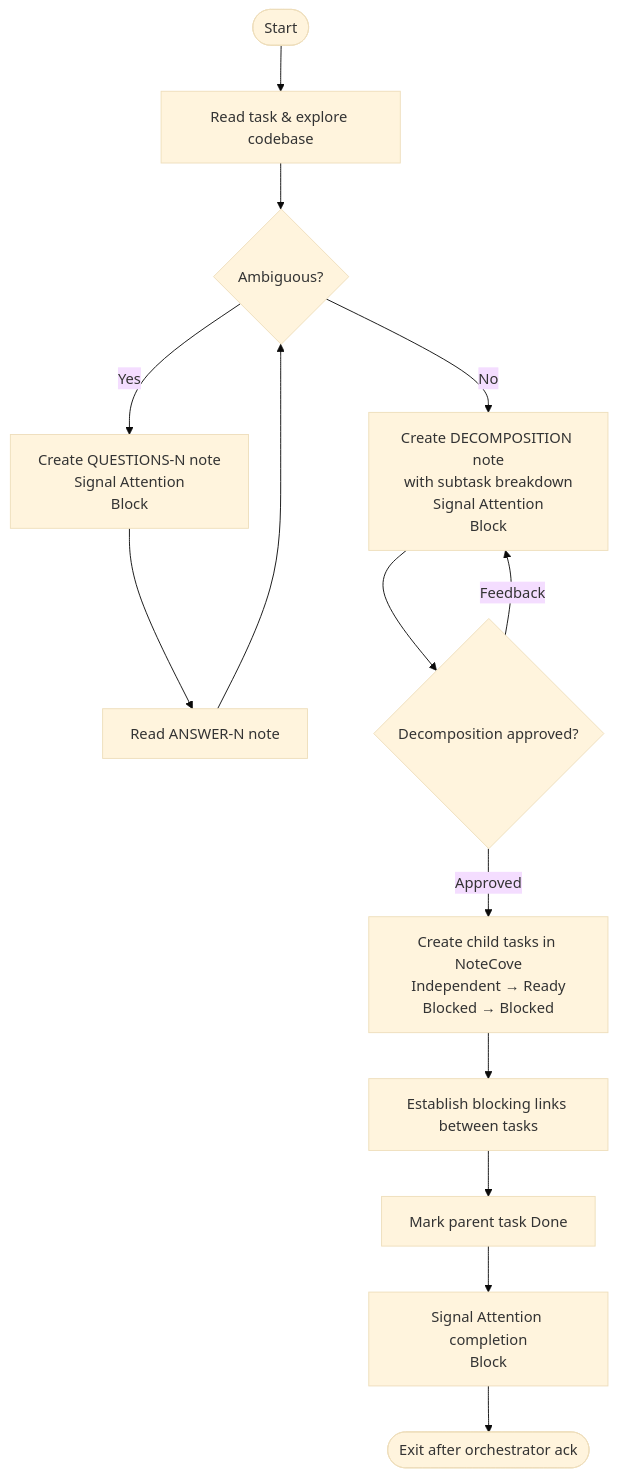
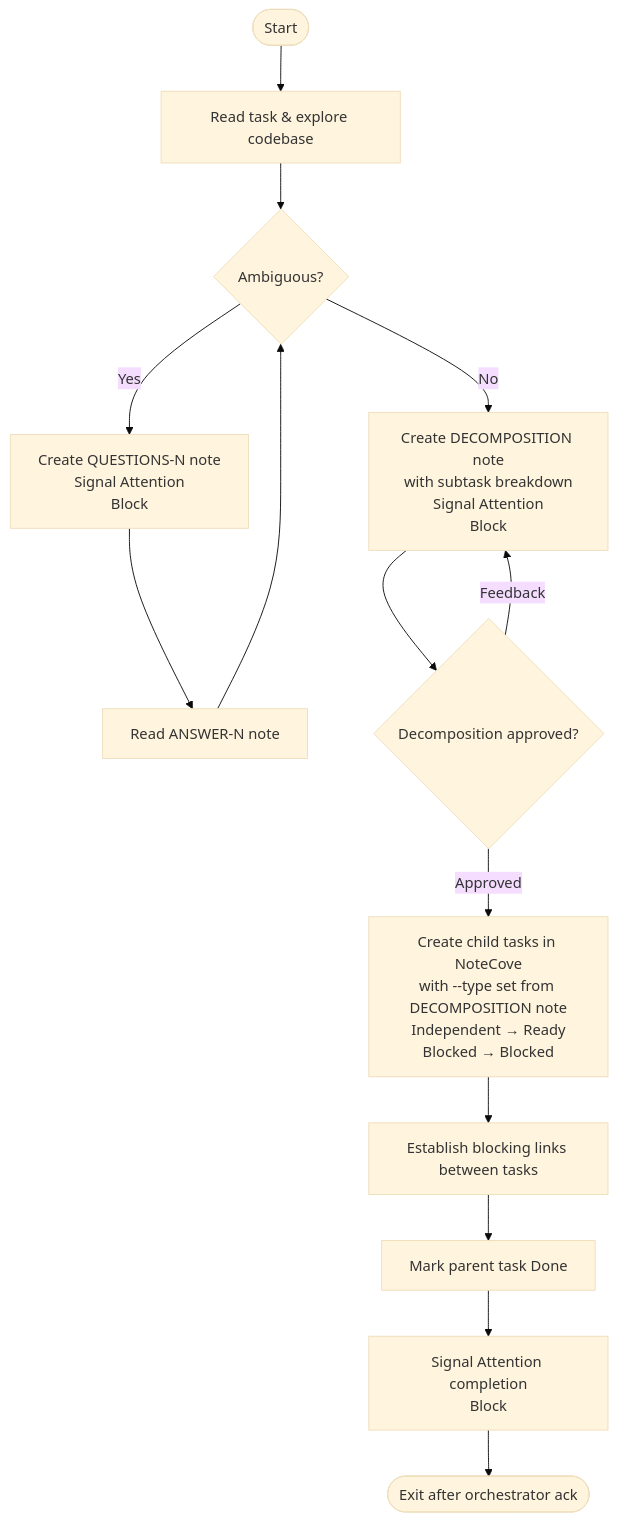
One commit to gara2000/agentmesh changed the sixth of 13 diagrams in docs/agentic-workflow.md. Above: the diagram before and after it, drawn with Mermaid (base theme). The commit also changed 4 other files, not shown here.

First line of the commit message:
feat(workers): set task type on child tasks; type shown in review notes [WORK-hmg]

````diff
--- a/docs/agentic-workflow.md
+++ b/docs/agentic-workflow.md
@@ -228,16 +228,16 @@
 ```mermaid
 flowchart TD
     A([Start]) --> B[Read task & explore codebase]
     B --> C{Ambiguous?}
     C -->|Yes| Q[Create QUESTIONS-N note\nSignal Attention\nBlock]
     Q --> R[Read ANSWER-N note]
     R --> C
     C -->|No| D[Create DECOMPOSITION note\nwith subtask breakdown\nSignal Attention\nBlock]
     D --> E{Decomposition approved?}
     E -->|Feedback| D
-    E -->|Approved| F[Create child tasks in NoteCove\nIndependent → Ready\nBlocked → Blocked]
+    E -->|Approved| F[Create child tasks in NoteCove\nwith --type set from DECOMPOSITION note\nIndependent → Ready\nBlocked → Blocked]
     F --> G[Establish blocking links between tasks]
     G --> H[Mark parent task Done]
     H --> I["Signal Attention completion<br/>Block"]
     I --> J([Exit after orchestrator ack])
 ```
````
